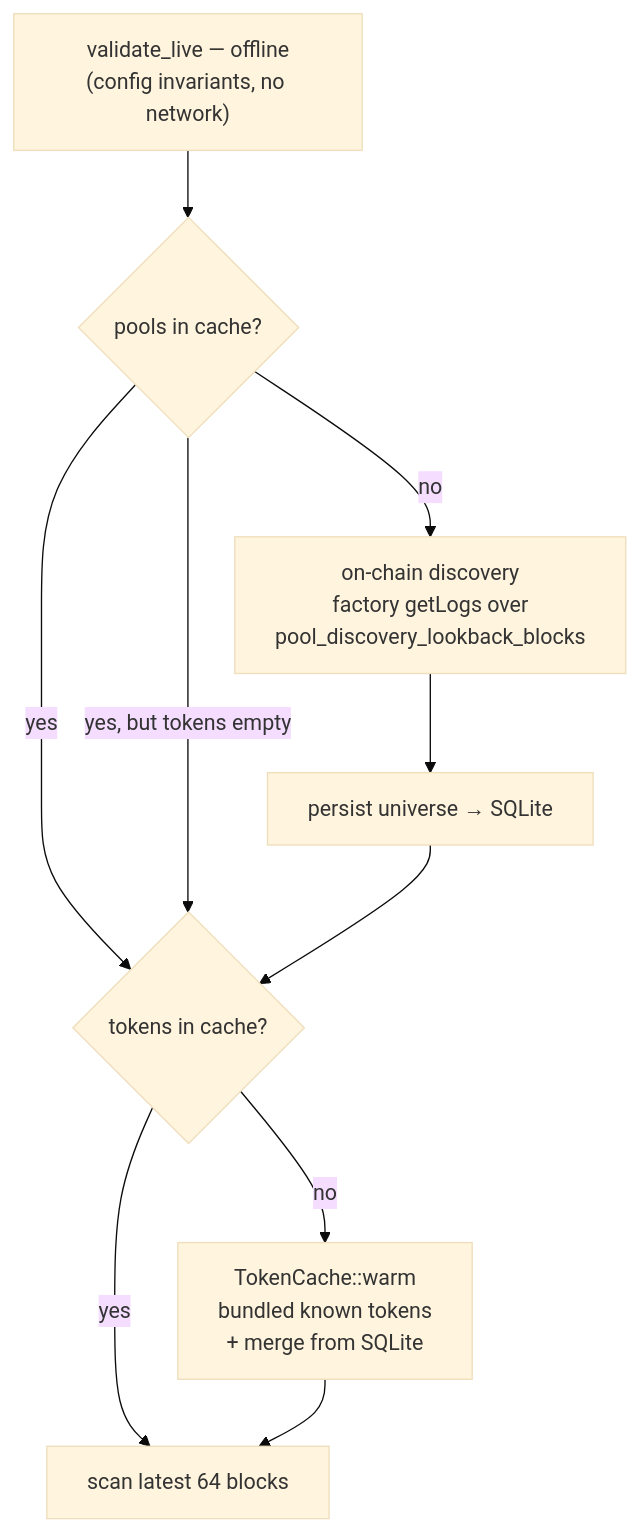
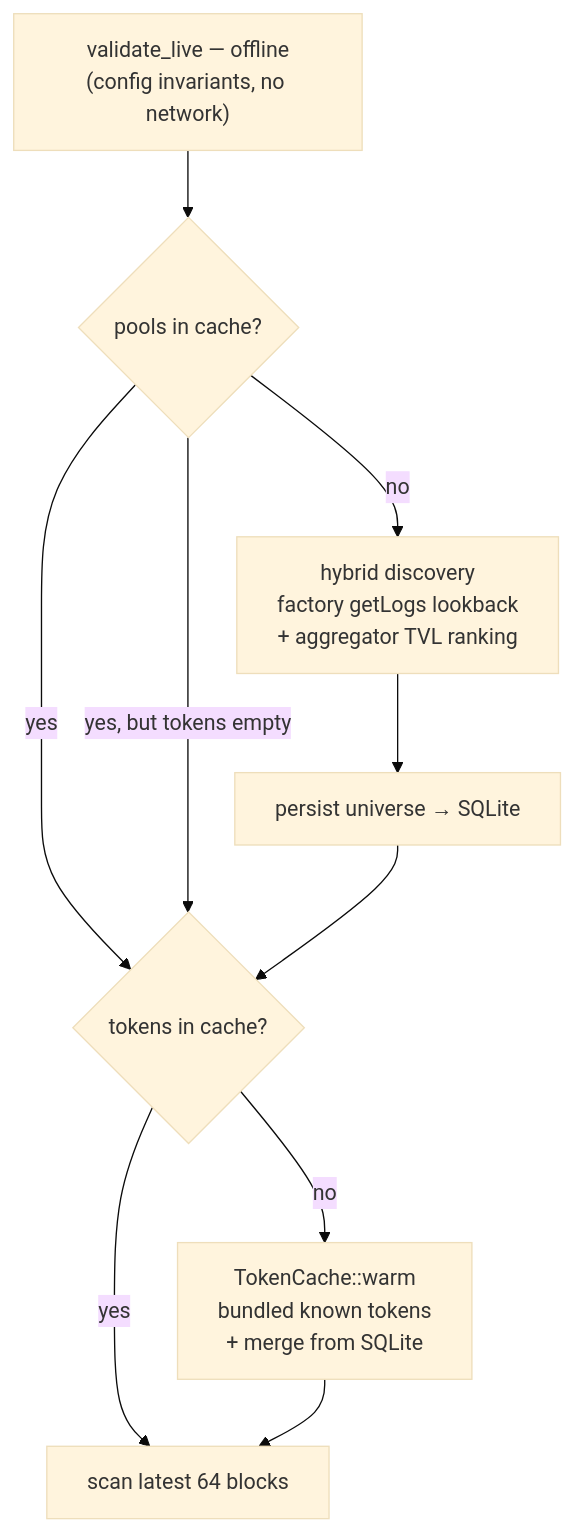
Before and after one commit to moha-moradi/mev-scout: the fourth of 11 diagrams in docs/ARCHITECTURE.md, drawn with Mermaid (base theme). The commit also changed other lines of this file and 13 other files, not shown here.

First line of the commit message:
refactor(discover, docs): enhance pool discovery configuration and documentation

````diff
--- a/docs/ARCHITECTURE.md
+++ b/docs/ARCHITECTURE.md
@@ -273,12 +274,12 @@
 ```mermaid
 flowchart TB
     A["validate_live — offline<br/>(config invariants, no network)"] --> B{"pools in cache?"}
     B -- "yes" --> E
-    B -- "no" --> C["on-chain discovery<br/>factory getLogs over<br/>pool_discovery_lookback_blocks"]
+    B -- "no" --> C["hybrid discovery<br/>factory getLogs lookback<br/>+ aggregator TVL ranking"]
     C --> D["persist universe → SQLite"]
     B -- "yes, but tokens empty" --> E
     D --> E{"tokens in cache?"}
     E -- "yes" --> G
     E -- "no" --> F["TokenCache::warm<br/>bundled known tokens<br/>+ merge from SQLite"]
     F --> G["scan latest 64 blocks"]
 ```
````
